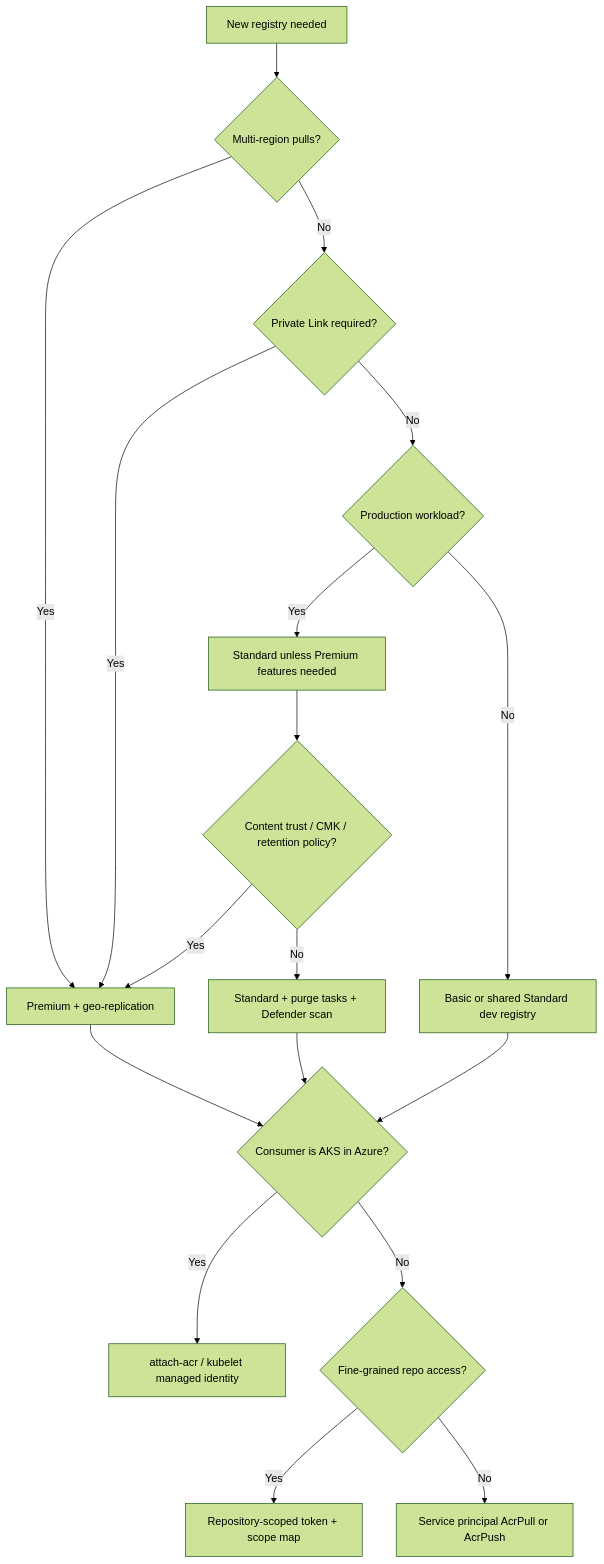
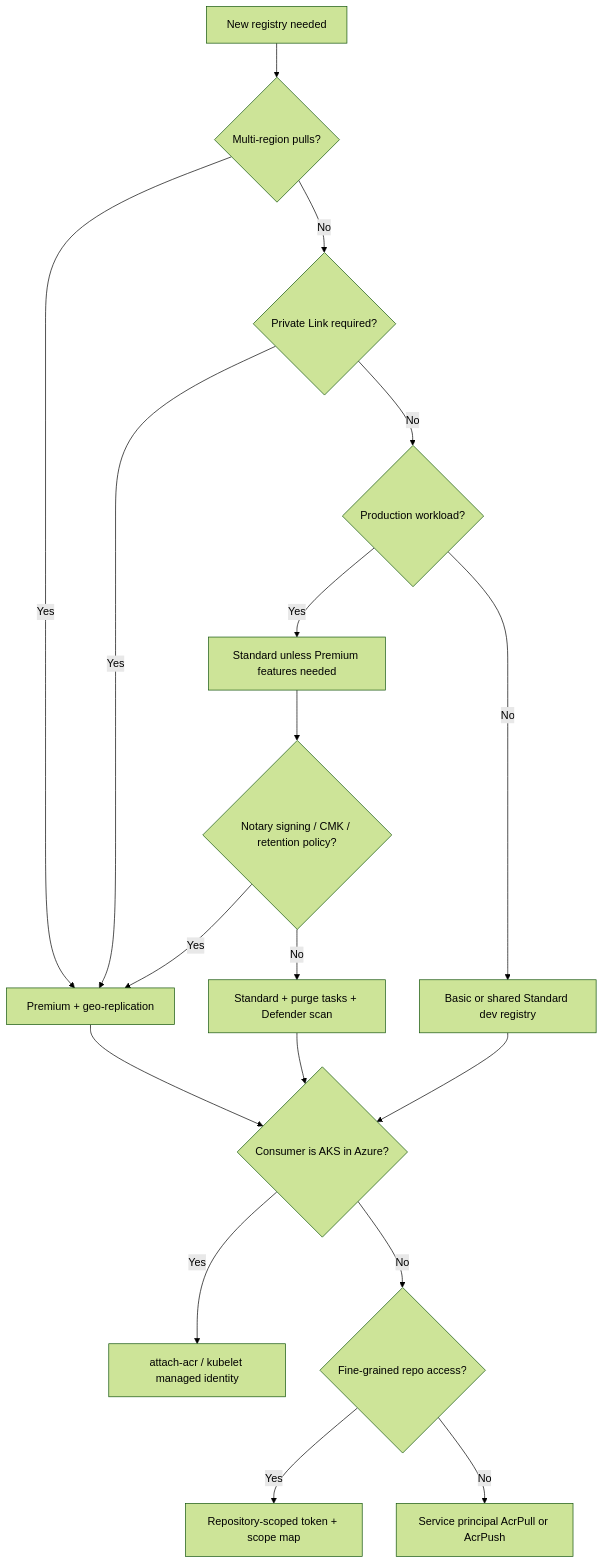
The third of 3 diagrams in src/content/docs/cloud/azure-essentials/module-3.6-acr.md (kube-dojo/kube-dojo), drawn with Mermaid (forest theme) before and after one commit. The commit also changed other lines of this file and 2 other files, not shown here.

Commit message:
chore(content): apply cross-family review fixes — Azure 3.3/3.6/3.7 (cloud Azure wave).

````diff
--- a/src/content/docs/cloud/azure-essentials/module-3.6-acr.md
+++ b/src/content/docs/cloud/azure-essentials/module-3.6-acr.md
@@ -609,20 +610,20 @@
 ```mermaid
 flowchart TD
     A[New registry needed] --> B{Multi-region pulls?}
     B -- Yes --> C[Premium + geo-replication]
     B -- No --> D{Private Link required?}
     D -- Yes --> C
     D -- No --> E{Production workload?}
     E -- No --> F[Basic or shared Standard dev registry]
     E -- Yes --> G[Standard unless Premium features needed]
-    G --> H{Content trust / CMK / retention policy?}
+    G --> H{Notary signing / CMK / retention policy?}
     H -- Yes --> C
     H -- No --> I[Standard + purge tasks + Defender scan]
     C --> J{Consumer is AKS in Azure?}
     I --> J
     F --> J
     J -- Yes --> K[attach-acr / kubelet managed identity]
     J -- No --> L{Fine-grained repo access?}
     L -- Yes --> M[Repository-scoped token + scope map]
     L -- No --> N[Service principal AcrPull or AcrPush]
 ```
````
